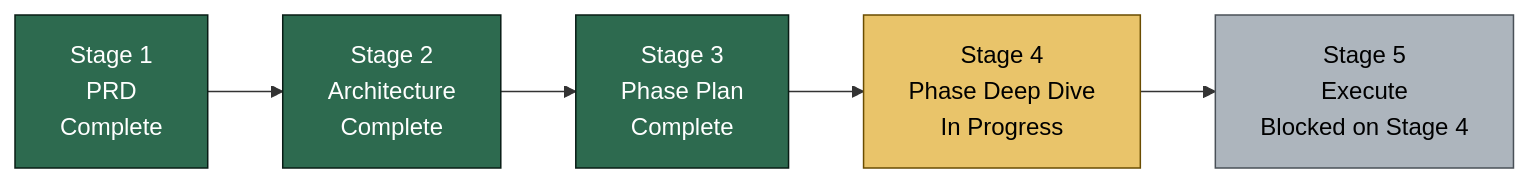
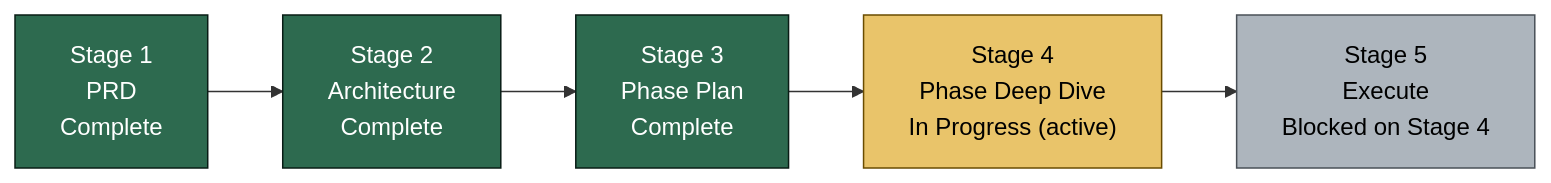
The first of 4 diagrams in docs/bef/PROJECT_STATE_VISUAL.md (Mar5929/Salesforce-Consulting-SDLC-App), drawn with Mermaid before and after one commit. The commit also changed other lines of this file and 1 other file, not shown here.

Commit message:
docs: refresh pipeline status (Stage 4 sub-steps + gap-closure waves)

````diff
--- a/docs/bef/PROJECT_STATE_VISUAL.md
+++ b/docs/bef/PROJECT_STATE_VISUAL.md
@@ -11,14 +11,14 @@
 ```mermaid
 flowchart LR
     S1["Stage 1<br/>PRD<br/>Complete"]:::done
     S2["Stage 2<br/>Architecture<br/>Complete"]:::done
     S3["Stage 3<br/>Phase Plan<br/>Complete"]:::done
-    S4["Stage 4<br/>Phase Deep Dive<br/>In Progress"]:::active
+    S4["Stage 4<br/>Phase Deep Dive<br/>In Progress (active)"]:::active
     S5["Stage 5<br/>Execute<br/>Blocked on Stage 4"]:::blocked
 
     S1 --> S2 --> S3 --> S4 --> S5
 
     classDef done fill:#2d6a4f,stroke:#081c15,color:#fff
     classDef active fill:#e9c46a,stroke:#6a4c00,color:#000
     classDef blocked fill:#adb5bd,stroke:#495057,color:#000
 ```
````
